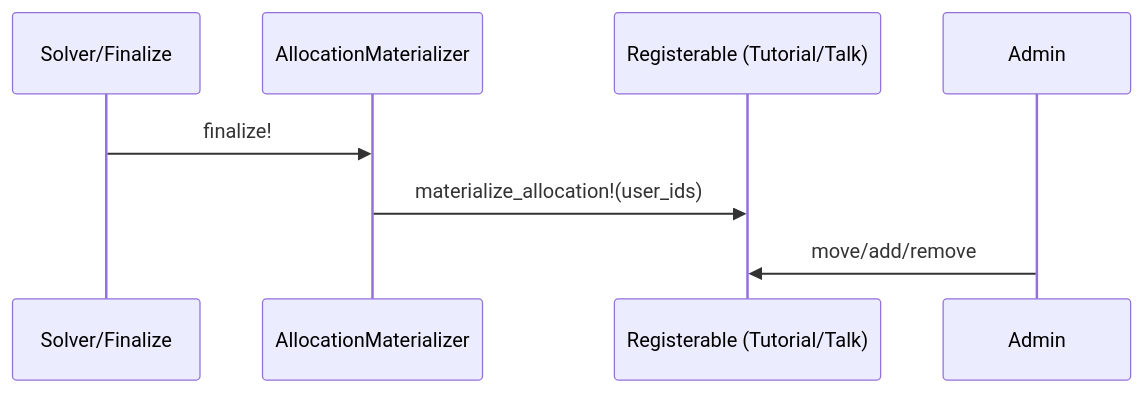
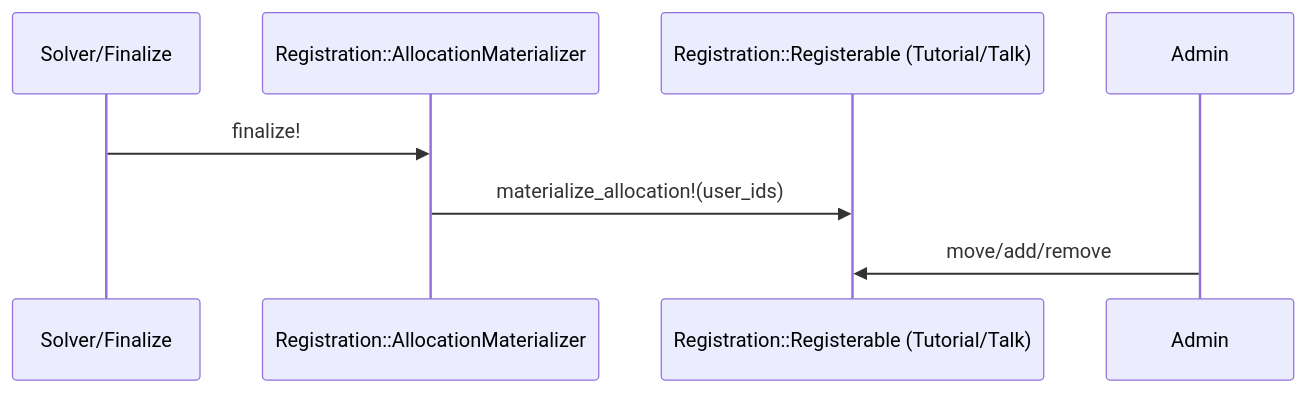
One commit to MaMpf-HD/mampf changed the diagram in architecture/src/features/03-allocation-and-rosters.md. Above: the diagram before and after it, drawn with Mermaid. The commit also changed other lines of this file and 9 other files, not shown here.

````diff
--- a/architecture/src/features/03-allocation-and-rosters.md
+++ b/architecture/src/features/03-allocation-and-rosters.md
@@ -224,10 +224,10 @@
 ```mermaid
 sequenceDiagram
 	participant S as Solver/Finalize
-	participant M as AllocationMaterializer
-	participant R as Registerable (Tutorial/Talk)
+	participant M as Registration::AllocationMaterializer
+	participant R as Registration::Registerable (Tutorial/Talk)
 	participant A as Admin
 	S->>M: finalize!
 	M->>R: materialize_allocation!(user_ids)
 	A->>R: move/add/remove
 ```
````
